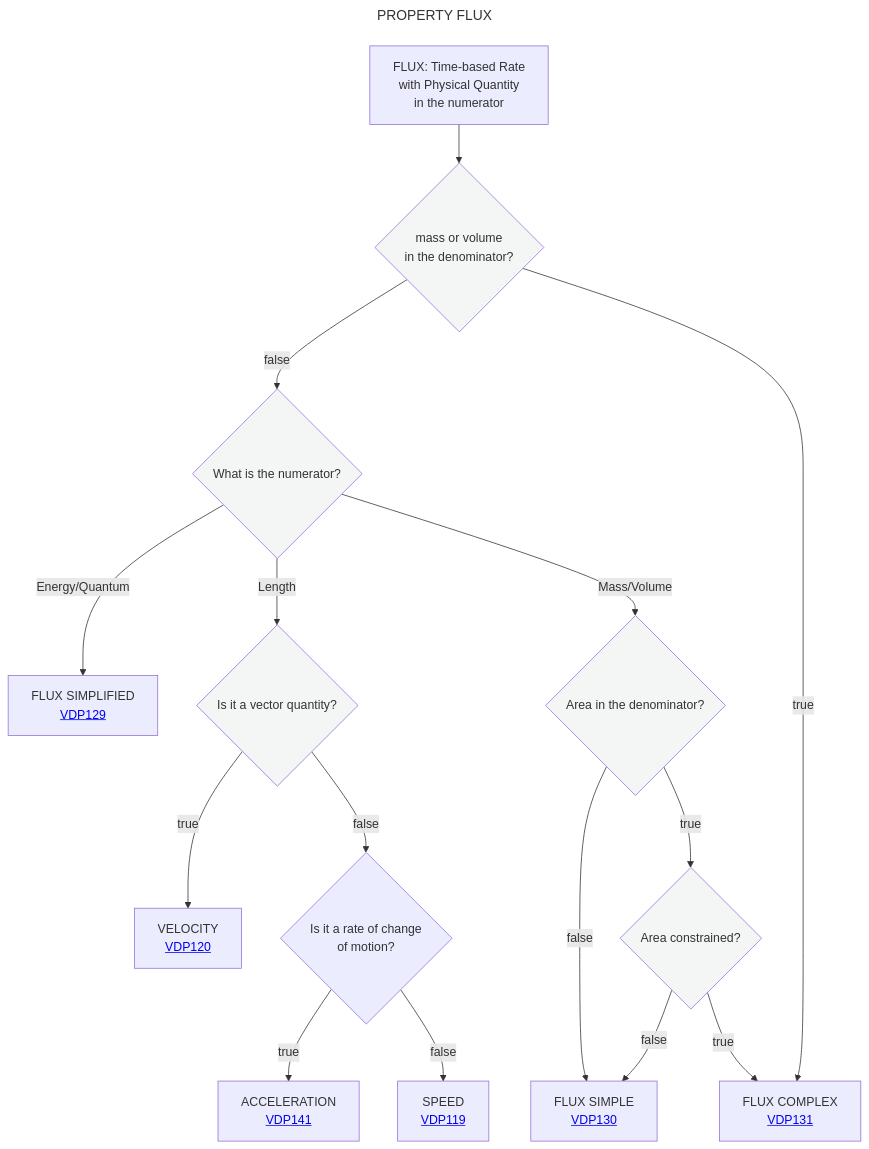
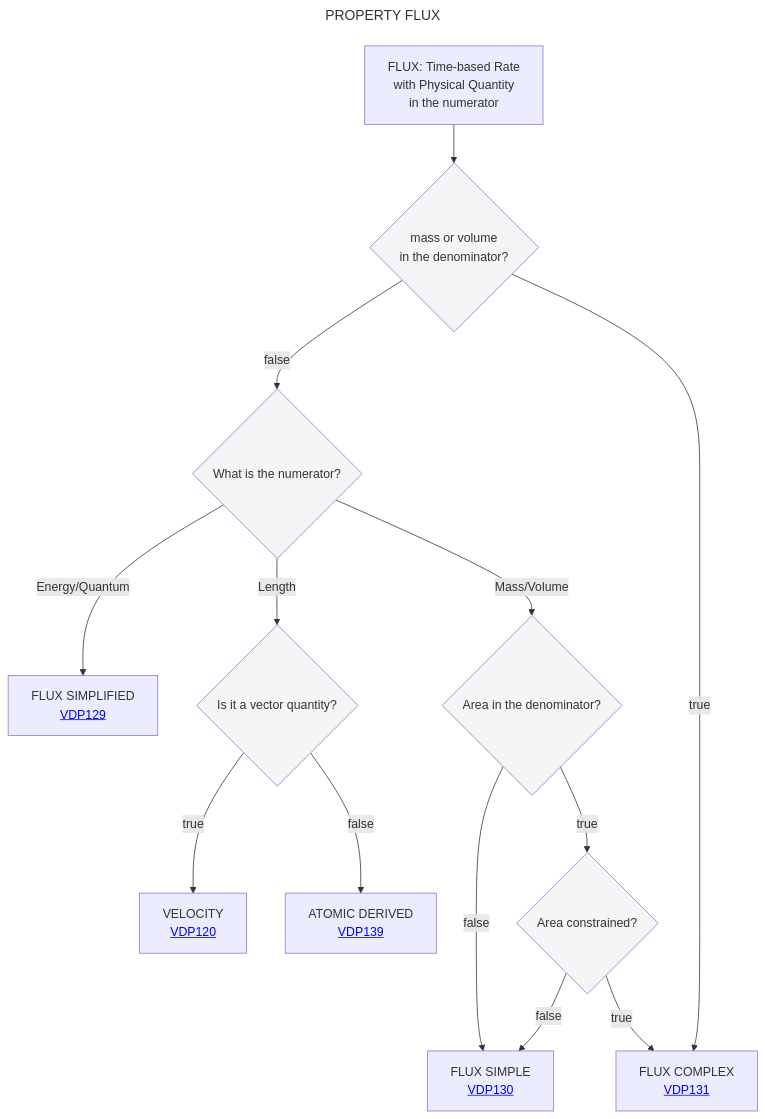
One commit to mabablue/I-ADOPT-patterns-playground changed the diagram in Decisition_trees/DT4.mmd. Above: the diagram before and after it, drawn with Mermaid.

Commit message:
Update decision tree with new atomic derived node

```diff
--- a/Decisition_trees/DT4.mmd
+++ b/Decisition_trees/DT4.mmd
@@ -1,22 +1,20 @@
 ---
 title: PROPERTY FLUX
 ---
 flowchart TD
     A[FLUX: Time-based Rate <br> with Physical Quantity <br> in the numerator] --> B{mass or volume <br> in the denominator?}:::white
     B --> |false|C{What is the numerator?}:::white
     C -- Energy/Quantum--> D[FLUX SIMPLIFIED <br> <a href='https://github.com/mabablue/I-ADOPT-patterns-playground/blob/main/pattern/VDP129.yaml'>VDP129</a>]
     C -- Length --> E{Is it a vector quantity?}:::white
     E --> |true|J[VELOCITY <br> <a href='https://github.com/mabablue/I-ADOPT-patterns-playground/blob/main/pattern/VDP120.yaml'>VDP120</a] 
-    E --> |false|K{Is it a rate of change <br> of motion?}
-    K --> |true|L[ACCELERATION <br> <a href='https://github.com/mabablue/I-ADOPT-patterns-playground/blob/main/pattern/VDP141.yaml'>VDP141</a] 
-    K --> |false|M[SPEED <br> <a href='https://github.com/mabablue/I-ADOPT-patterns-playground/blob/main/pattern/VDP119.yaml'>VDP119</a] 
+    E --> |false|K[ATOMIC DERIVED <br> <a href='https://github.com/mabablue/I-ADOPT-patterns-playground/blob/main/pattern/VDP139.yaml'>VDP139</a] 
     C -- Mass/Volume --> F{Area in the denominator?}:::white
     F --> |false|I[FLUX SIMPLE <br> <a href='https://github.com/mabablue/I-ADOPT-patterns-playground/blob/main/pattern/VDP130.yaml'>VDP130</a>]
     F --> |true|G{Area constrained?}:::white 
     G --> |true|H[FLUX COMPLEX <br> <a href='https://github.com/mabablue/I-ADOPT-patterns-playground/blob/main/pattern/VDP131.yaml'>VDP131</a>]
     G --> |false|I
     B --> |true|H
    classDef blue fill:#90D5FF
    classDef satblue fill:#57B9FF 
    classDef white fill:#f3f6f4
    classDef green fill:#6aa84f
```
